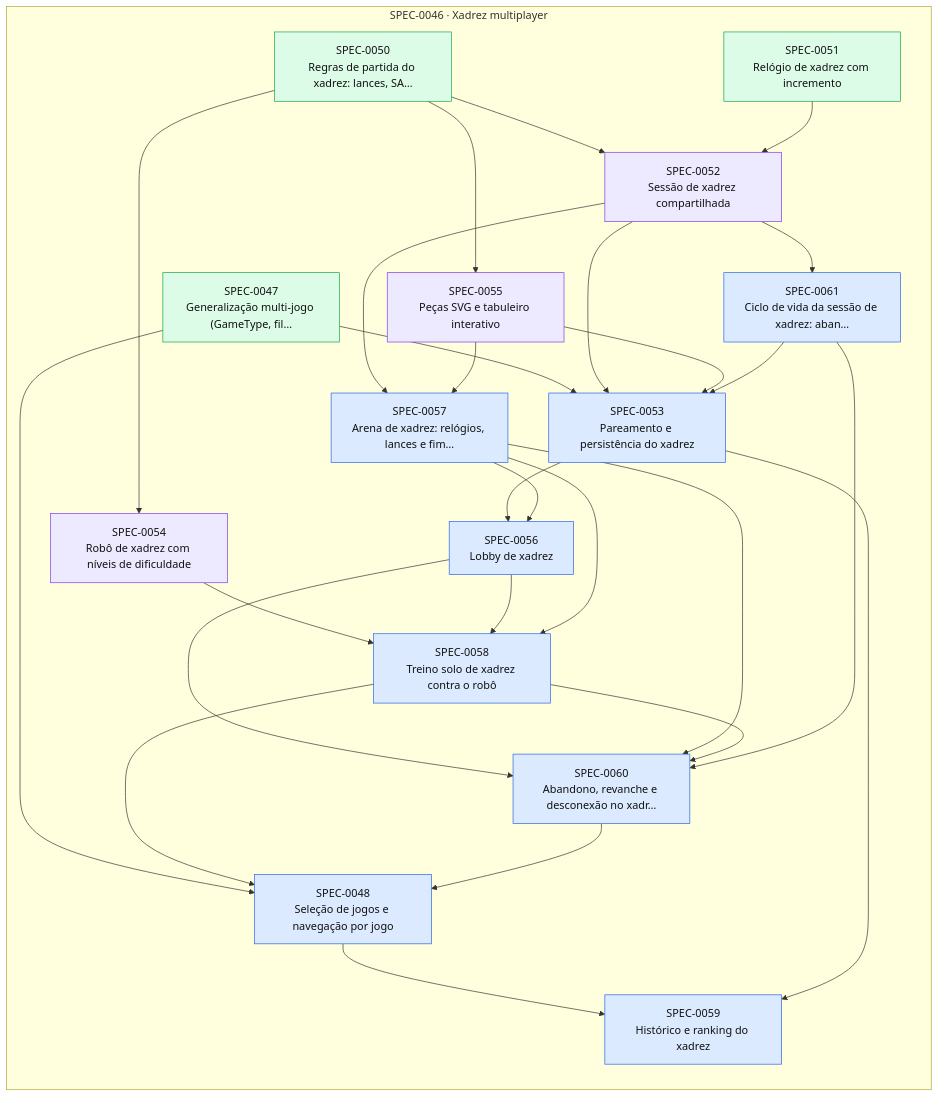
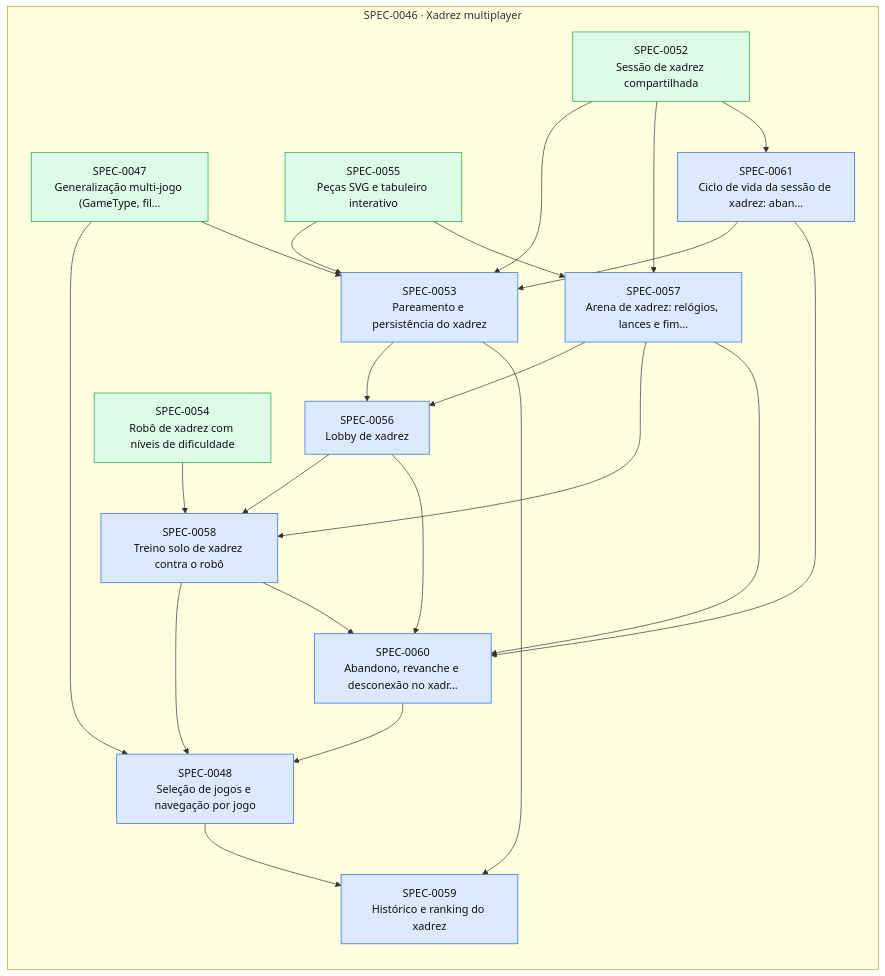
Before and after one commit to thomasravache/jogo-da-velha-multiplayer: the diagram in docs/specs/INDEX.md, drawn with Mermaid. The commit also changed other lines of this file and 4 other files, not shown here.

````diff
--- a/docs/specs/INDEX.md
+++ b/docs/specs/INDEX.md
@@ -47,49 +44,43 @@
 ```mermaid
 flowchart LR
   subgraph E0046["SPEC-0046 · Xadrez multiplayer"]
     S0047["SPEC-0047<br/>Generalização multi-jogo (GameType, fil…"]:::implemented
     S0048["SPEC-0048<br/>Seleção de jogos e navegação por jogo"]:::approved
-    S0050["SPEC-0050<br/>Regras de partida do xadrez: lances, SA…"]:::implemented
-    S0051["SPEC-0051<br/>Relógio de xadrez com incremento"]:::implemented
-    S0052["SPEC-0052<br/>Sessão de xadrez compartilhada"]:::inprogress
+    S0052["SPEC-0052<br/>Sessão de xadrez compartilhada"]:::implemented
     S0053["SPEC-0053<br/>Pareamento e persistência do xadrez"]:::approved
-    S0054["SPEC-0054<br/>Robô de xadrez com níveis de dificuldade"]:::inprogress
-    S0055["SPEC-0055<br/>Peças SVG e tabuleiro interativo"]:::inprogress
+    S0054["SPEC-0054<br/>Robô de xadrez com níveis de dificuldade"]:::implemented
+    S0055["SPEC-0055<br/>Peças SVG e tabuleiro interativo"]:::implemented
     S0056["SPEC-0056<br/>Lobby de xadrez"]:::approved
     S0057["SPEC-0057<br/>Arena de xadrez: relógios, lances e fim…"]:::approved
     S0058["SPEC-0058<br/>Treino solo de xadrez contra o robô"]:::approved
     S0059["SPEC-0059<br/>Histórico e ranking do xadrez"]:::approved
     S0060["SPEC-0060<br/>Abandono, revanche e desconexão no xadr…"]:::approved
     S0061["SPEC-0061<br/>Ciclo de vida da sessão de xadrez: aban…"]:::approved
   end
   S0047 --> S0048
   S0058 --> S0048
   S0060 --> S0048
-  S0050 --> S0052
-  S0051 --> S0052
   S0047 --> S0053
   S0052 --> S0053
   S0055 --> S0053
   S0061 --> S0053
-  S0050 --> S0054
-  S0050 --> S0055
   S0053 --> S0056
   S0057 --> S0056
   S0052 --> S0057
   S0055 --> S0057
   S0054 --> S0058
   S0056 --> S0058
   S0057 --> S0058
   S0048 --> S0059
   S0053 --> S0059
   S0056 --> S0060
   S0057 --> S0060
   S0058 --> S0060
   S0061 --> S0060
   S0052 --> S0061
   classDef proposed fill:#fef3c7,stroke:#d97706,color:#111
   classDef approved fill:#dbeafe,stroke:#2563eb,color:#111
   classDef inprogress fill:#ede9fe,stroke:#7c3aed,color:#111
   classDef implemented fill:#dcfce7,stroke:#16a34a,color:#111
   classDef deprecated fill:#f3f4f6,stroke:#9ca3af,color:#6b7280
 ```
````
